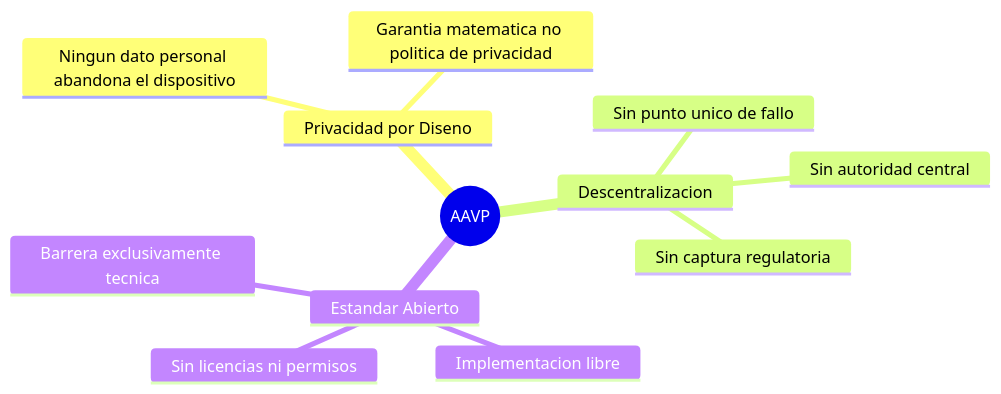
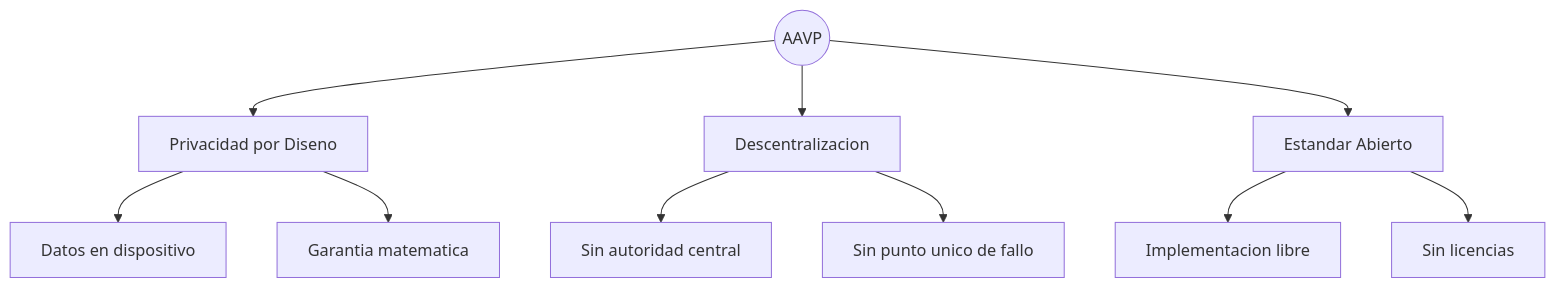
Before and after one commit to jorgej-ramos/AAVP: the first of 13 diagrams in README.md, drawn with Mermaid. The commit also changed other lines of this file, not shown here.

First line of the commit message:
Refactor README structure and update diagrams

````diff
--- a/README.md
+++ b/README.md
@@ -58,15 +40,13 @@
 ```mermaid
-mindmap
-  root((AAVP))
-    Privacidad por Diseno
-      Ningun dato personal abandona el dispositivo
-      Garantia matematica no politica de privacidad
-    Descentralizacion
-      Sin autoridad central
-      Sin punto unico de fallo
-      Sin captura regulatoria
-    Estandar Abierto
-      Implementacion libre
-      Sin licencias ni permisos
-      Barrera exclusivamente tecnica
+graph TD
+    AAVP((AAVP))
+    AAVP --> A[Privacidad por Diseno]
+    AAVP --> B[Descentralizacion]
+    AAVP --> C[Estandar Abierto]
+    A --> A1[Datos en dispositivo]
+    A --> A2[Garantia matematica]
+    B --> B1[Sin autoridad central]
+    B --> B2[Sin punto unico de fallo]
+    C --> C1[Implementacion libre]
+    C --> C2[Sin licencias]
 ```
````
